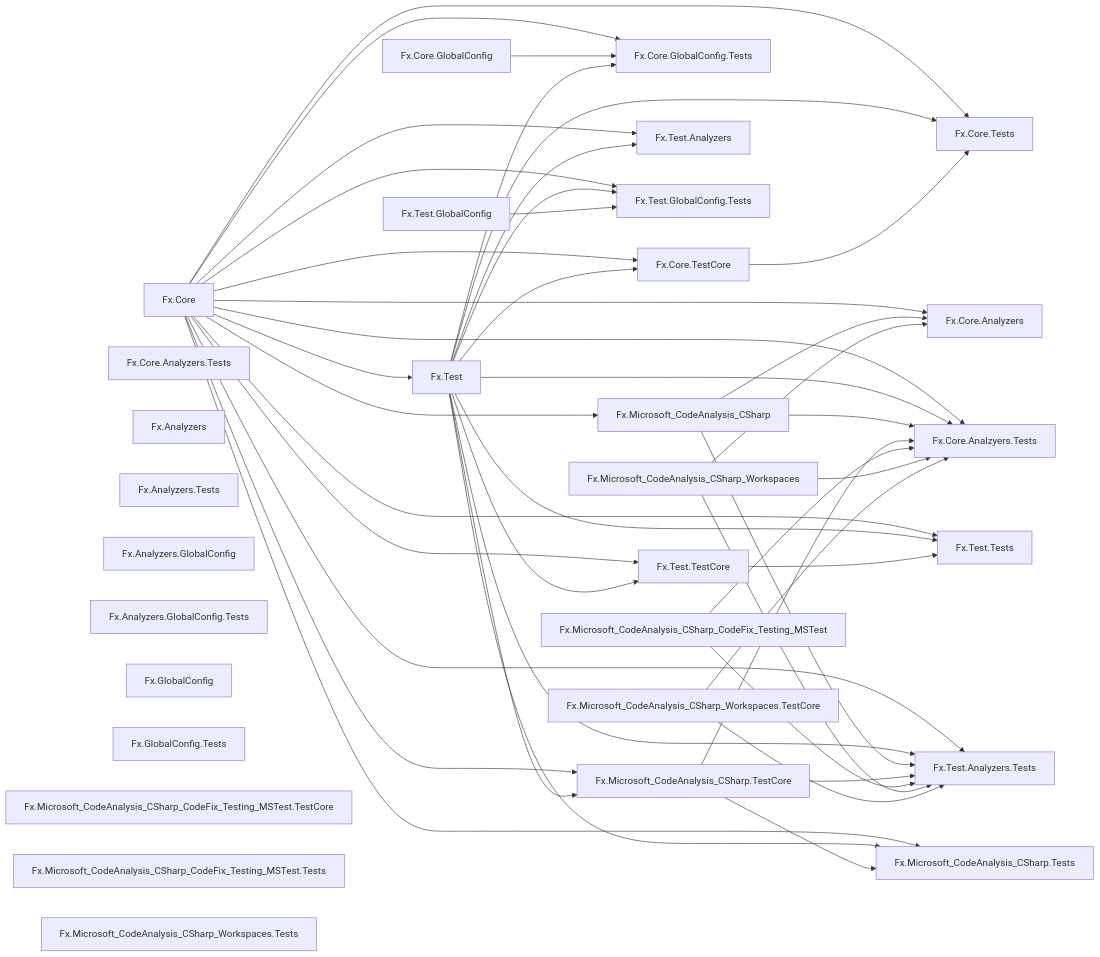
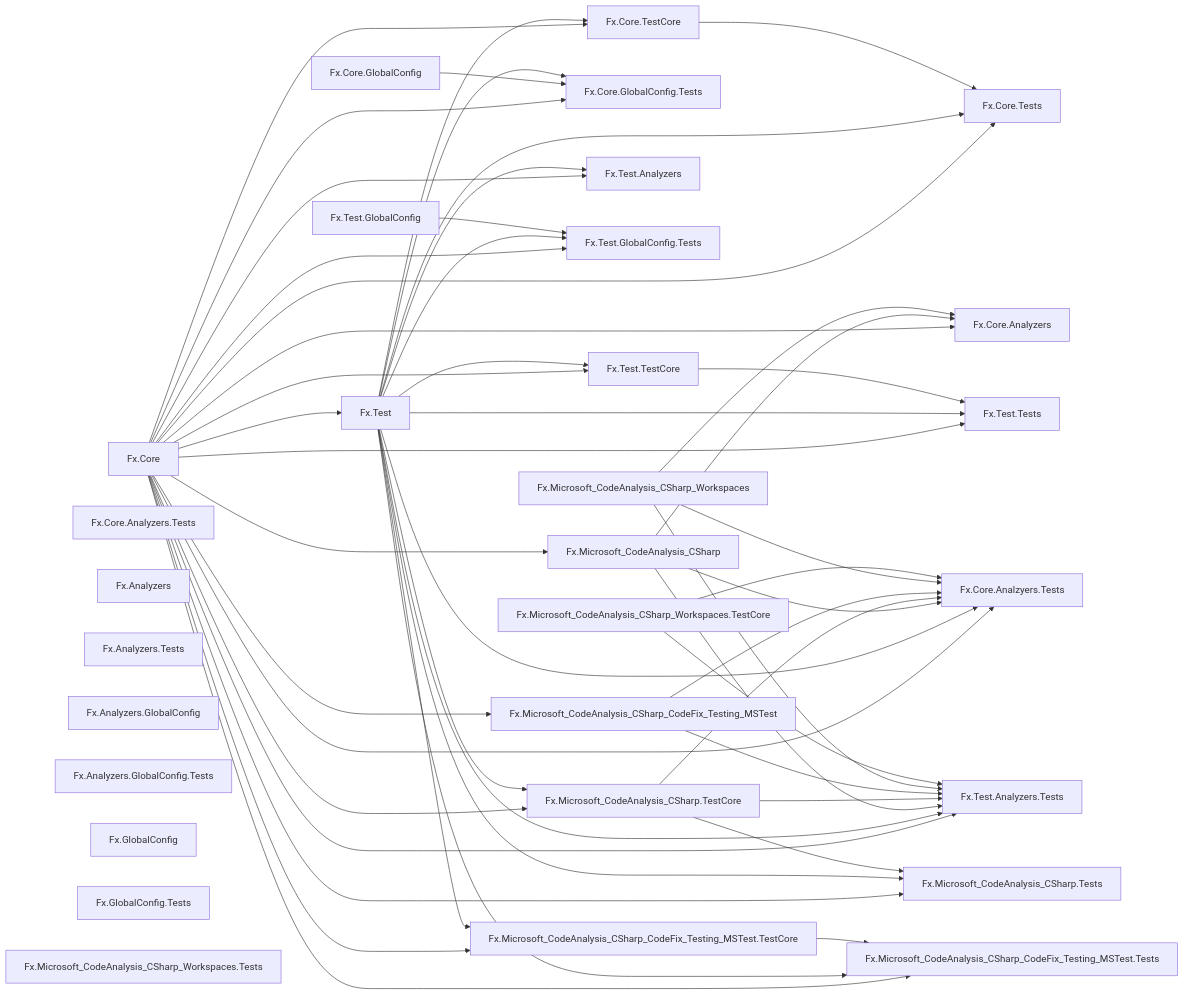
The diagram in graph.md (ravudet/Fx.Core), drawn with Mermaid before and after one commit.

````diff
--- a/graph.md
+++ b/graph.md
@@ -85,4 +85,13 @@
 	Fx.Core --> Fx.Microsoft_CodeAnalysis_CSharp.Tests
 	Fx.Test --> Fx.Microsoft_CodeAnalysis_CSharp.Tests
 	Fx.Microsoft_CodeAnalysis_CSharp.TestCore --> Fx.Microsoft_CodeAnalysis_CSharp.Tests
+
+	Fx.Core --> Fx.Microsoft_CodeAnalysis_CSharp_CodeFix_Testing_MSTest
+
+	Fx.Core --> Fx.Microsoft_CodeAnalysis_CSharp_CodeFix_Testing_MSTest.TestCore
+	Fx.Test --> Fx.Microsoft_CodeAnalysis_CSharp_CodeFix_Testing_MSTest.TestCore
+
+	Fx.Core --> Fx.Microsoft_CodeAnalysis_CSharp_CodeFix_Testing_MSTest.Tests
+	Fx.Test --> Fx.Microsoft_CodeAnalysis_CSharp_CodeFix_Testing_MSTest.Tests
+	Fx.Microsoft_CodeAnalysis_CSharp_CodeFix_Testing_MSTest.TestCore --> Fx.Microsoft_CodeAnalysis_CSharp_CodeFix_Testing_MSTest.Tests
 ```
````
